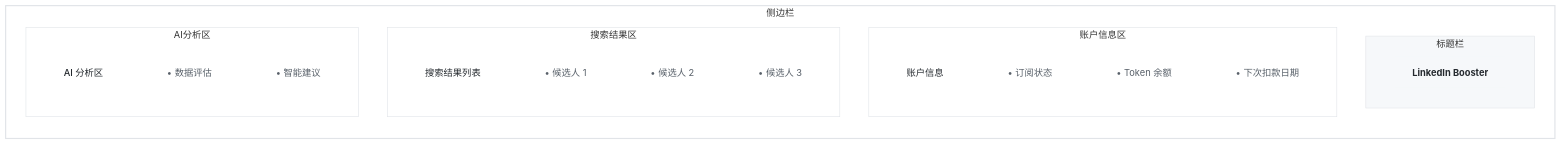
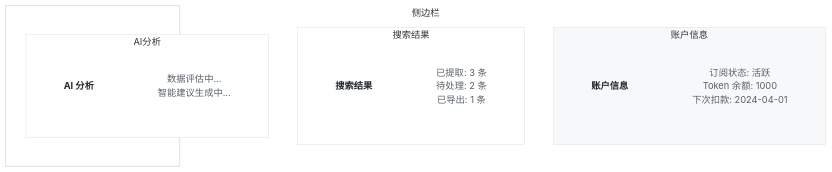
The diagram in README.md (BigTailWolf/LinkeInBooster), drawn with Mermaid before and after one commit.

````diff
--- a/README.md
+++ b/README.md
@@ -11,51 +11,39 @@
 ```mermaid
 flowchart TD
     subgraph 侧边栏
         direction TB
-        style 侧边栏 fill:#ffffff,stroke:#e1e4e8,stroke-width:2px
+        style 侧边栏 fill:#ffffff,stroke:#e1e4e8,stroke-width:2px,width:300px
         
-        subgraph 标题栏
-            direction LR
-            style 标题栏 fill:#f6f8fa,stroke:#e1e4e8,stroke-width:1px
-            title[LinkedIn Booster]
-            style title fill:#f6f8fa,stroke:none,color:#24292e,font-weight:bold
+        subgraph 账户信息
+            direction TB
+            style 账户信息 fill:#f6f8fa,stroke:#e1e4e8,stroke-width:1px
+            acc_title[账户信息]
+            style acc_title fill:#f6f8fa,stroke:none,color:#24292e,font-weight:bold
+            acc_content[订阅状态: 活跃
+Token 余额: 1000
+下次扣款: 2024-04-01]
+            style acc_content fill:#f6f8fa,stroke:none,color:#586069
         end
         
-        subgraph 账户信息区
+        subgraph 搜索结果
             direction TB
-            style 账户信息区 fill:#ffffff,stroke:#e1e4e8,stroke-width:1px
-            acc_title[账户信息]
-            style acc_title fill:#ffffff,stroke:none,color:#24292e,font-weight:500
-            acc_status[• 订阅状态]
-            acc_token[• Token 余额]
-            acc_date[• 下次扣款日期]
-            style acc_status fill:#ffffff,stroke:none,color:#586069
-            style acc_token fill:#ffffff,stroke:none,color:#586069
-            style acc_date fill:#ffffff,stroke:none,color:#586069
+            style 搜索结果 fill:#ffffff,stroke:#e1e4e8,stroke-width:1px
+            search_title[搜索结果]
+            style search_title fill:#ffffff,stroke:none,color:#24292e,font-weight:bold
+            search_content[已提取: 3 条
+待处理: 2 条
+已导出: 1 条]
+            style search_content fill:#ffffff,stroke:none,color:#586069
         end
         
-        subgraph 搜索结果区
+        subgraph AI分析
             direction TB
-            style 搜索结果区 fill:#ffffff,stroke:#e1e4e8,stroke-width:1px
-            search_title[搜索结果列表]
-            style search_title fill:#ffffff,stroke:none,color:#24292e,font-weight:500
-            cand1[• 候选人 1]
-            cand2[• 候选人 2]
-            cand3[• 候选人 3]
-            style cand1 fill:#ffffff,stroke:none,color:#586069
-            style cand2 fill:#ffffff,stroke:none,color:#586069
-            style cand3 fill:#ffffff,stroke:none,color:#586069
-        end
-        
-        subgraph AI分析区
-            direction TB
-            style AI分析区 fill:#ffffff,stroke:#e1e4e8,stroke-width:1px
-            ai_title[AI 分析区]
-            style ai_title fill:#ffffff,stroke:none,color:#24292e,font-weight:500
-            ai_eval[• 数据评估]
-            ai_suggest[• 智能建议]
-            style ai_eval fill:#ffffff,stroke:none,color:#586069
-            style ai_suggest fill:#ffffff,stroke:none,color:#586069
+            style AI分析 fill:#ffffff,stroke:#e1e4e8,stroke-width:1px
+            ai_title[AI 分析]
+            style ai_title fill:#ffffff,stroke:none,color:#24292e,font-weight:bold
+            ai_content[数据评估中...
+智能建议生成中...]
+            style ai_content fill:#ffffff,stroke:none,color:#586069
         end
     end
 ```
````
